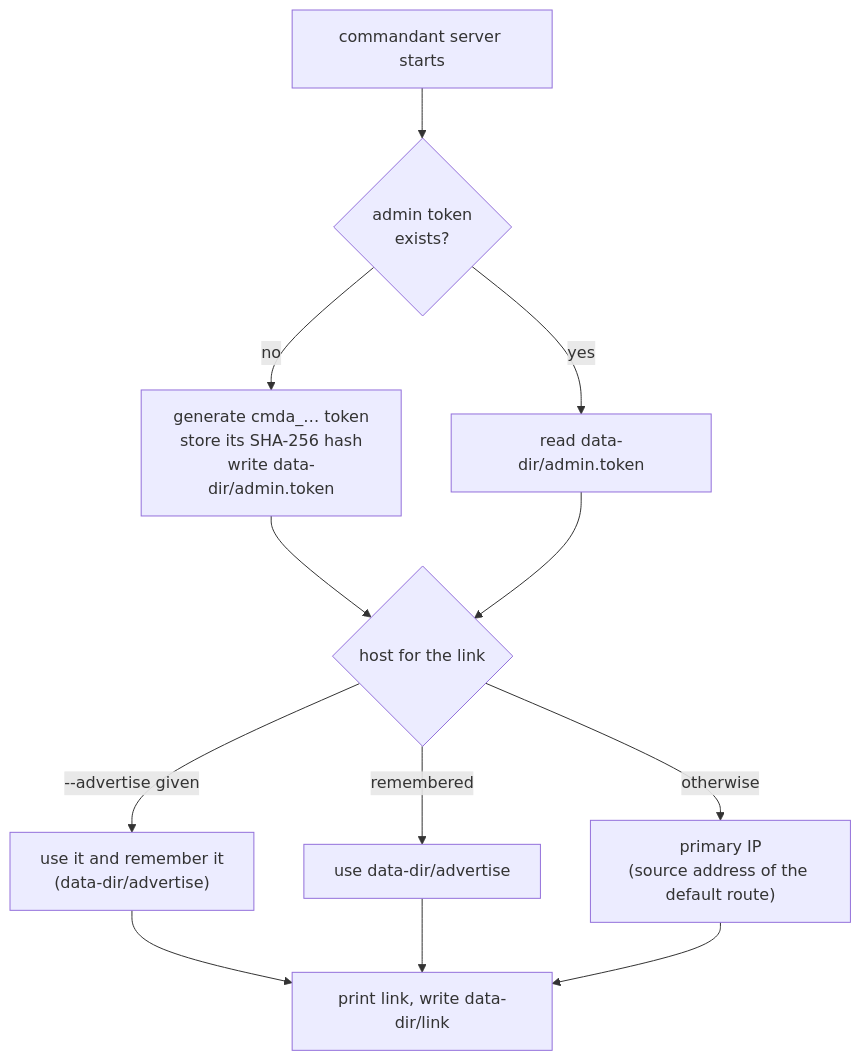
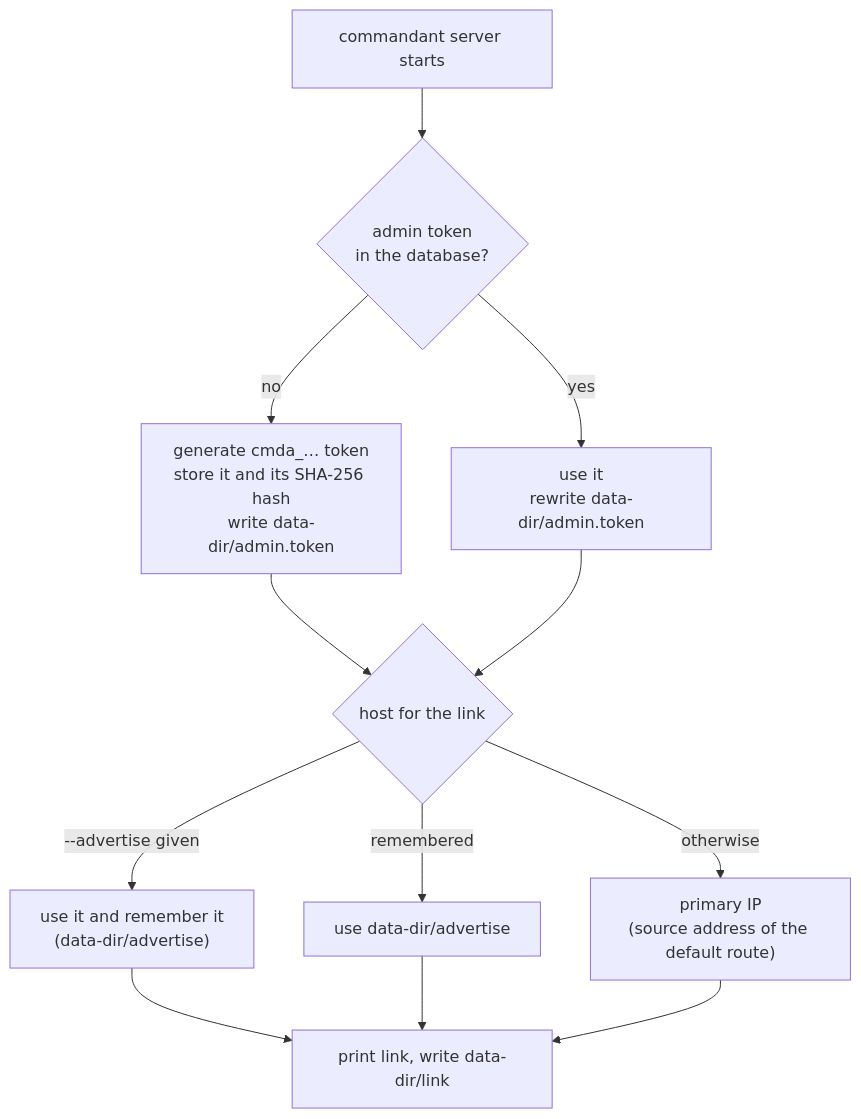
The third of 8 diagrams in docs/architecture.md (EwenSellitto/Commandant), drawn with Mermaid before and after one commit. The commit also changed other lines of this file and 2 other files, not shown here.

First line of the commit message:
docs: document the new server, TUI and agent features

````diff
--- a/docs/architecture.md
+++ b/docs/architecture.md
@@ -73,14 +84,14 @@
 ```mermaid
 flowchart TD
-    S["commandant server starts"] --> T{"admin token<br/>exists?"}
-    T -- no --> G["generate cmda_… token<br/>store its SHA-256 hash<br/>write data-dir/admin.token"]
-    T -- yes --> R["read data-dir/admin.token"]
+    S["commandant server starts"] --> T{"admin token<br/>in the database?"}
+    T -- no --> G["generate cmda_… token<br/>store it and its SHA-256 hash<br/>write data-dir/admin.token"]
+    T -- yes --> R["use it<br/>rewrite data-dir/admin.token"]
     G --> H
     R --> H{"host for the link"}
     H -- "--advertise given" --> A["use it and remember it<br/>(data-dir/advertise)"]
     H -- "remembered" --> A2["use data-dir/advertise"]
     H -- "otherwise" --> P["primary IP<br/>(source address of the default route)"]
     A --> L["print link, write data-dir/link"]
     A2 --> L
     P --> L
 ```
````
